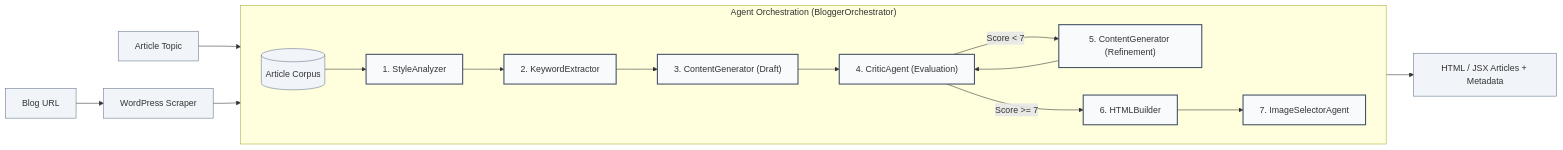
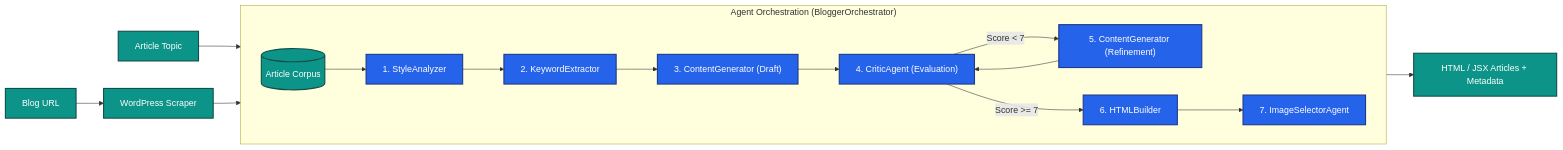
The diagram in README.md (AlejandroRS21/bloggeria), drawn with Mermaid before and after one commit. The commit also changed 20 other files, not shown here.

````diff
--- a/README.md
+++ b/README.md
@@ -276,30 +276,30 @@
 ```mermaid
 graph LR
     %% Data inputs
     Tema["Article Topic"] --> Gen
     URL["Blog URL"] --> Scraper["WordPress Scraper"] --> Corpus[("Article Corpus")]
     
     %% Agent flow
     subgraph "Agent Orchestration (BloggerOrchestrator)"
         direction LR
         Corpus --> Style["1. StyleAnalyzer"]
         Style --> Key["2. KeywordExtractor"]
         Key --> Gen["3. ContentGenerator (Draft)"]
         Gen --> Critic["4. CriticAgent (Evaluation)"]
         Critic -- "Score < 7" --> Ref["5. ContentGenerator (Refinement)"]
         Ref --> Critic
         Critic -- "Score >= 7" --> HTML["6. HTMLBuilder"]
         HTML --> Img["7. ImageSelectorAgent"]
     end
 
     %% Output and storage
     Img --> Output["HTML / JSX Articles + Metadata"]
     
-    %% Formal visual styles
-    classDef default fill:#ffffff,stroke:#333333,stroke-width:1px;
-    classDef agent fill:#f8fafc,stroke:#475569,stroke-width:2px;
-    classDef io fill:#f1f5f9,stroke:#64748b,stroke-width:1px;
+    %% High-contrast visual styles (legible in light & dark mode)
+    classDef default fill:#1e293b,stroke:#0f172a,stroke-width:1px,color:#ffffff;
+    classDef agent fill:#2563eb,stroke:#1e3a8a,stroke-width:2px,color:#ffffff;
+    classDef io fill:#0d9488,stroke:#134e4a,stroke-width:2px,color:#ffffff;
     
     class Style,Key,Gen,Critic,Ref,HTML,Img agent;
     class Tema,URL,Scraper,Corpus,Output io;
 ```
````
